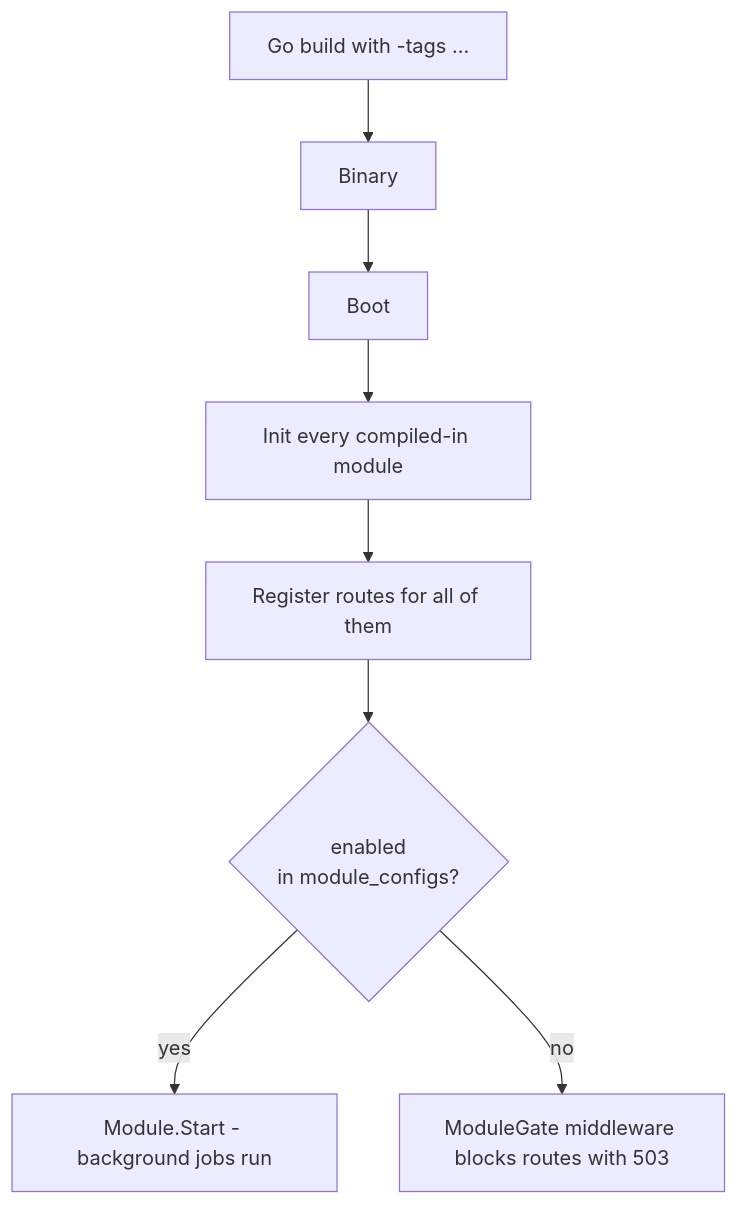
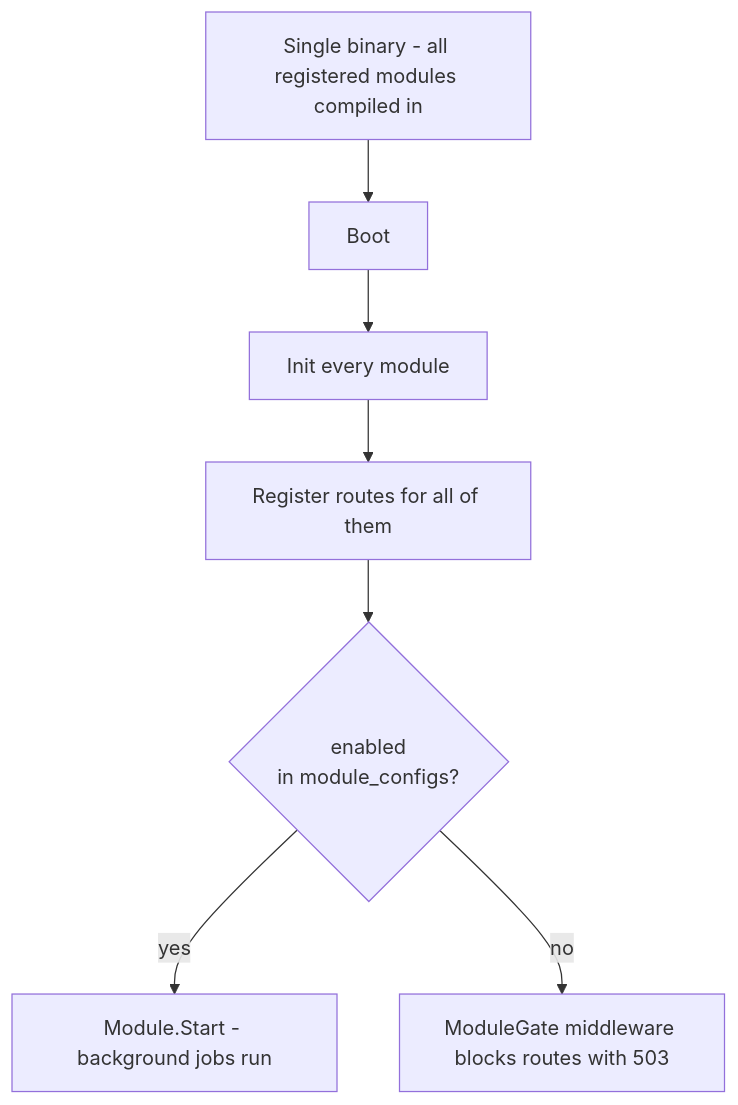
Before and after one commit to orkestra-cc/orkestra: the diagram in docs/site/architecture/module-lifecycle.mdx, drawn with Mermaid. The commit also changed other lines of this file and 19 other files, not shown here.

````diff
--- a/docs/site/architecture/module-lifecycle.mdx
+++ b/docs/site/architecture/module-lifecycle.mdx
@@ -24,10 +20,9 @@
 ```mermaid
 flowchart TB
-  Build[Go build with -tags ...] --> Binary
-  Binary --> Boot
-  Boot --> Init[Init every compiled-in module]
+  Binary[Single binary - all registered modules compiled in] --> Boot
+  Boot --> Init[Init every module]
   Init --> Routes[Register routes for all of them]
   Routes --> Start{enabled<br/>in module_configs?}
   Start -- yes --> Run[Module.Start - background jobs run]
   Start -- no --> Gate[ModuleGate middleware blocks routes with 503]
 ```
````
